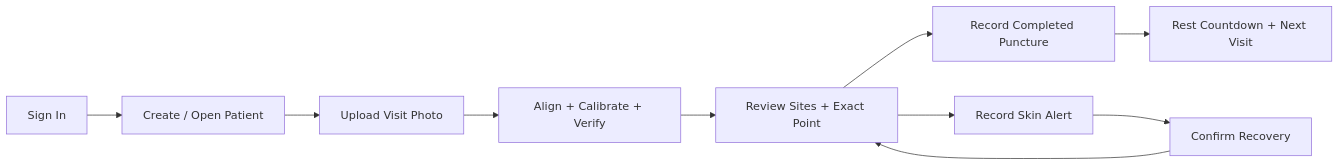
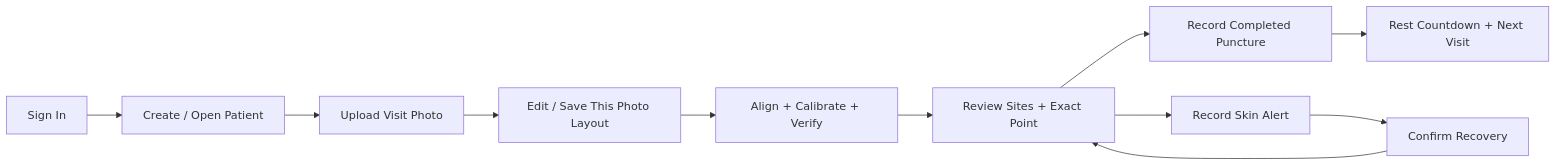
Before and after one commit to ShabbirMahmood/SiteCare_Prototype: the second of 2 diagrams in README.md, drawn with Mermaid. The commit also changed other lines of this file and 18 other files, not shown here.

````diff
--- a/README.md
+++ b/README.md
@@ -45,12 +45,13 @@
 ```mermaid
 flowchart LR
     A["Sign In"] --> B["Create / Open Patient"]
     B --> C["Upload Visit Photo"]
-    C --> D["Align + Calibrate + Verify"]
+    C --> L["Edit / Save This Photo Layout"]
+    L --> D["Align + Calibrate + Verify"]
     D --> E["Review Sites + Exact Point"]
     E --> F["Record Completed Puncture"]
     F --> G["Rest Countdown + Next Visit"]
     E --> H["Record Skin Alert"]
     H --> I["Confirm Recovery"]
     I --> E
 ```
````
